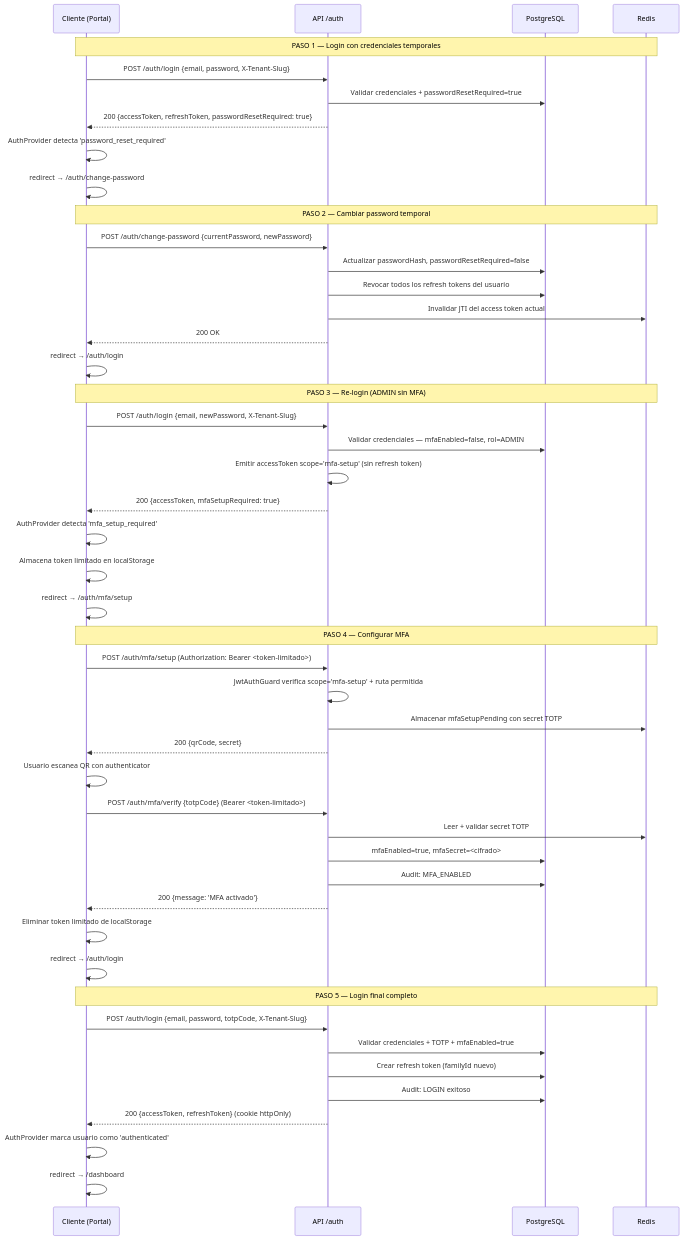
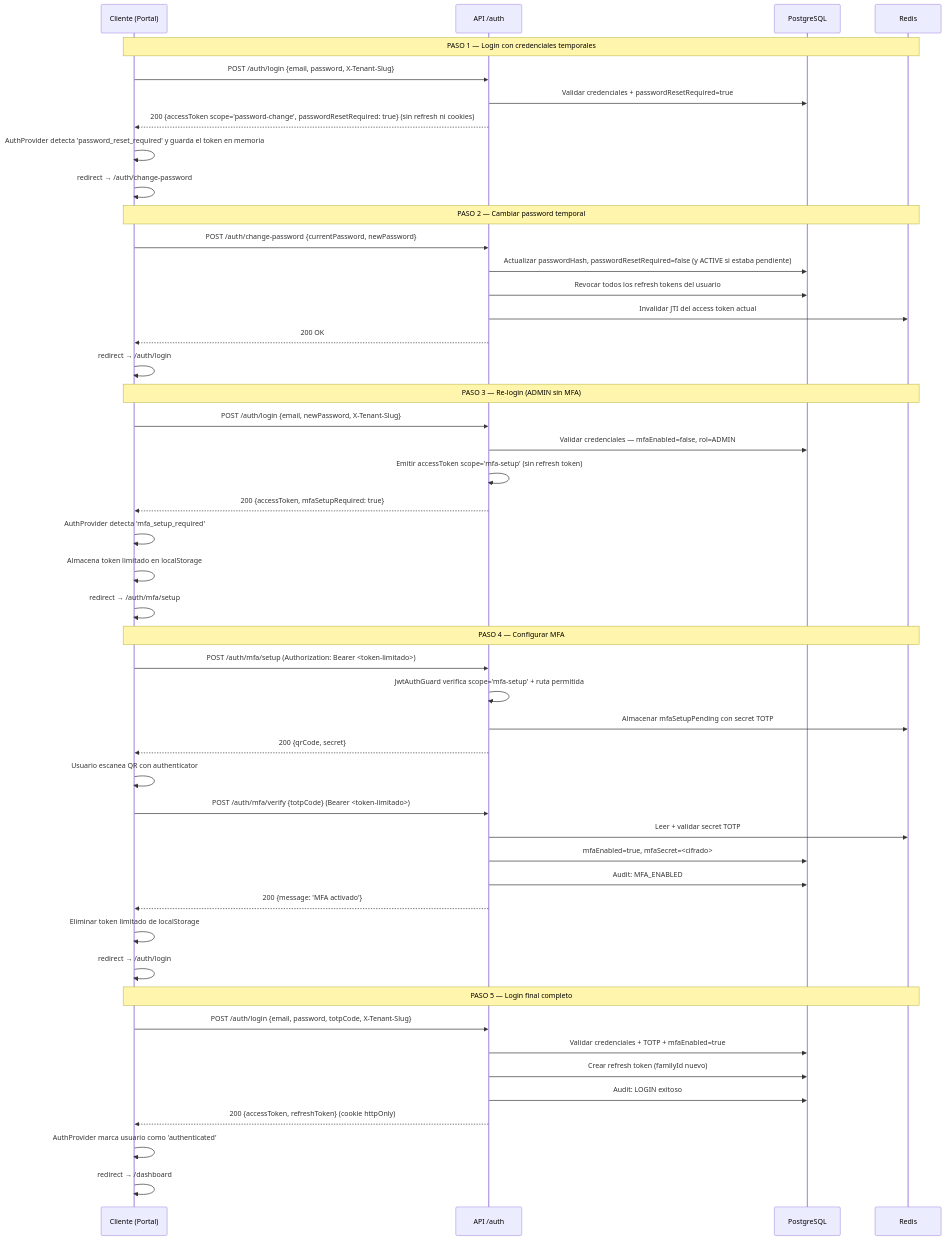
Before and after one commit to Sleybc/iWana-neXt: the second of 4 diagrams in docs/hlds/HLD-MOD02-ARQUITECTURA-v1.0.md, drawn with Mermaid. The commit also changed other lines of this file and 10 other files, not shown here.

First line of the commit message:
feat(auth): limit the portal temporary password (ADR-117)

````diff
--- a/docs/hlds/HLD-MOD02-ARQUITECTURA-v1.0.md
+++ b/docs/hlds/HLD-MOD02-ARQUITECTURA-v1.0.md
@@ -75,54 +77,54 @@
 ```mermaid
 sequenceDiagram
     participant C as Cliente (Portal)
     participant API as API /auth
     participant DB as PostgreSQL
     participant R as Redis
 
     Note over C,R: PASO 1 — Login con credenciales temporales
     C->>API: POST /auth/login {email, password, X-Tenant-Slug}
     API->>DB: Validar credenciales + passwordResetRequired=true
-    API-->>C: 200 {accessToken, refreshToken, passwordResetRequired: true}
-    C->>C: AuthProvider detecta 'password_reset_required'
+    API-->>C: 200 {accessToken scope='password-change', passwordResetRequired: true} (sin refresh ni cookies)
+    C->>C: AuthProvider detecta 'password_reset_required' y guarda el token en memoria
     C->>C: redirect → /auth/change-password
 
     Note over C,R: PASO 2 — Cambiar password temporal
     C->>API: POST /auth/change-password {currentPassword, newPassword}
-    API->>DB: Actualizar passwordHash, passwordResetRequired=false
+    API->>DB: Actualizar passwordHash, passwordResetRequired=false (y ACTIVE si estaba pendiente)
     API->>DB: Revocar todos los refresh tokens del usuario
     API->>R: Invalidar JTI del access token actual
     API-->>C: 200 OK
     C->>C: redirect → /auth/login
 
     Note over C,R: PASO 3 — Re-login (ADMIN sin MFA)
     C->>API: POST /auth/login {email, newPassword, X-Tenant-Slug}
     API->>DB: Validar credenciales — mfaEnabled=false, rol=ADMIN
     API->>API: Emitir accessToken scope='mfa-setup' (sin refresh token)
     API-->>C: 200 {accessToken, mfaSetupRequired: true}
     C->>C: AuthProvider detecta 'mfa_setup_required'
     C->>C: Almacena token limitado en localStorage
     C->>C: redirect → /auth/mfa/setup
 
     Note over C,R: PASO 4 — Configurar MFA
     C->>API: POST /auth/mfa/setup (Authorization: Bearer <token-limitado>)
     API->>API: JwtAuthGuard verifica scope='mfa-setup' + ruta permitida
     API->>R: Almacenar mfaSetupPending con secret TOTP
     API-->>C: 200 {qrCode, secret}
     C->>C: Usuario escanea QR con authenticator
     C->>API: POST /auth/mfa/verify {totpCode} (Bearer <token-limitado>)
     API->>R: Leer + validar secret TOTP
     API->>DB: mfaEnabled=true, mfaSecret=<cifrado>
     API->>DB: Audit: MFA_ENABLED
     API-->>C: 200 {message: 'MFA activado'}
     C->>C: Eliminar token limitado de localStorage
     C->>C: redirect → /auth/login
 
     Note over C,R: PASO 5 — Login final completo
     C->>API: POST /auth/login {email, password, totpCode, X-Tenant-Slug}
     API->>DB: Validar credenciales + TOTP + mfaEnabled=true
     API->>DB: Crear refresh token (familyId nuevo)
     API->>DB: Audit: LOGIN exitoso
     API-->>C: 200 {accessToken, refreshToken} (cookie httpOnly)
     C->>C: AuthProvider marca usuario como 'authenticated'
     C->>C: redirect → /dashboard
 ```
````
